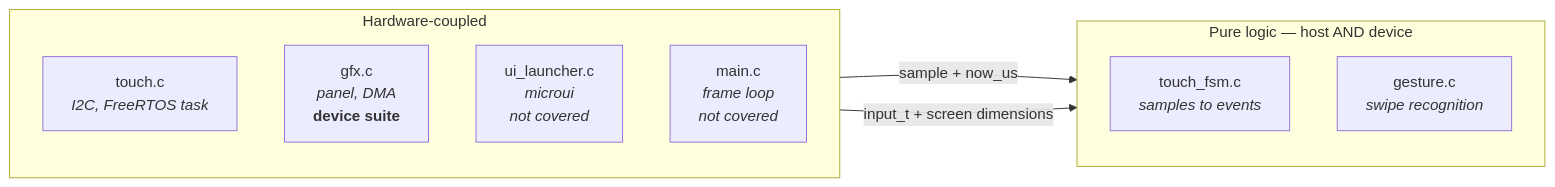
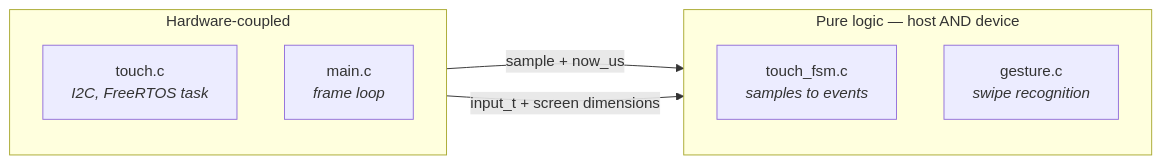
One commit to jose-villegas/autana changed the second of 2 diagrams in docs/Testing-Guide.md. Above: the diagram before and after it, drawn with Mermaid. The commit also changed 2 other files, not shown here.

Commit message:
docs: mark tiltShake built, and small diagram/sequence cleanups
input/tilt.{h,c} is a pure, host-tested reader of down/strength/shake
that main.c and app_sand.c both call, each keeping its own tilt_t state
- the shared logic is already the library the roadmap's tiltShake node
proposed, so it moves from proposed to built, with the sentence saying
what it actually is.

Testing-Guide.md's hardware-coupled/pure split diagram had two nodes
(gfx.c, ui_launcher.c) left with no edges once an earlier round removed
what they connected to; dropped them so every node in the diagram
means something. Device-Lock.md's flash-lane message repeated its own
participant's name; changed to "run it", and added a Note that batch
and selftest keep the same lock through the capture that follows a
flash rather than releasing and reacquiring it.

````diff
--- a/docs/Testing-Guide.md
+++ b/docs/Testing-Guide.md
@@ -502,19 +502,17 @@
 ```mermaid
 flowchart LR
     subgraph hw["Hardware-coupled"]
         direction TB
         HW1["touch.c<br/><i>I2C, FreeRTOS task</i>"]
-        HW2["gfx.c<br/><i>panel, DMA</i><br/><b>device suite</b>"]
-        HW3["ui_launcher.c<br/><i>microui</i><br/><i>not covered</i>"]
-        HW4["main.c<br/><i>frame loop</i><br/><i>not covered</i>"]
+        HW4["main.c<br/><i>frame loop</i>"]
     end
 
     subgraph pure["Pure logic — host AND device"]
         direction TB
         P1["touch_fsm.c<br/><i>samples to events</i>"]
         P2["gesture.c<br/><i>swipe recognition</i>"]
     end
 
     HW1 -->|"sample + now_us"| P1
     HW4 -->|"input_t + screen dimensions"| P2
 ```
````
